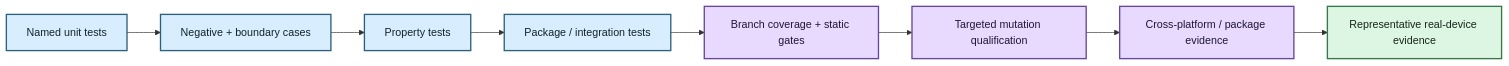
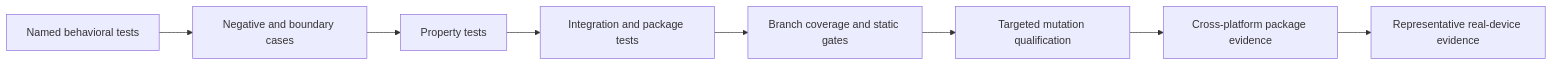
One commit to SSD1805/EchoFlow changed the diagram in docs/development/README.md. Above: the diagram before and after it, drawn with Mermaid. The commit also changed other lines of this file, not shown here.

````diff
--- a/docs/development/README.md
+++ b/docs/development/README.md
@@ -27,18 +45,10 @@
 ```mermaid
 flowchart LR
-    A[Named unit tests] --> B[Negative + boundary cases]
+    A[Named behavioral tests] --> B[Negative and boundary cases]
     B --> C[Property tests]
-    C --> D[Package / integration tests]
-    D --> E[Branch coverage + static gates]
+    C --> D[Integration and package tests]
+    D --> E[Branch coverage and static gates]
     E --> F[Targeted mutation qualification]
-    F --> G[Cross-platform / package evidence]
+    F --> G[Cross-platform package evidence]
     G --> H[Representative real-device evidence]
-
-    classDef fast fill:#D8EEFF,stroke:#2E617B,stroke-width:2px,color:#12222A
-    classDef deep fill:#E8D9FF,stroke:#68469B,stroke-width:2px,color:#1F1630
-    classDef evidence fill:#DDF5E3,stroke:#347A46,stroke-width:2px,color:#142719
-
-    class A,B,C,D fast
-    class E,F,G deep
-    class H evidence
 ```
````
